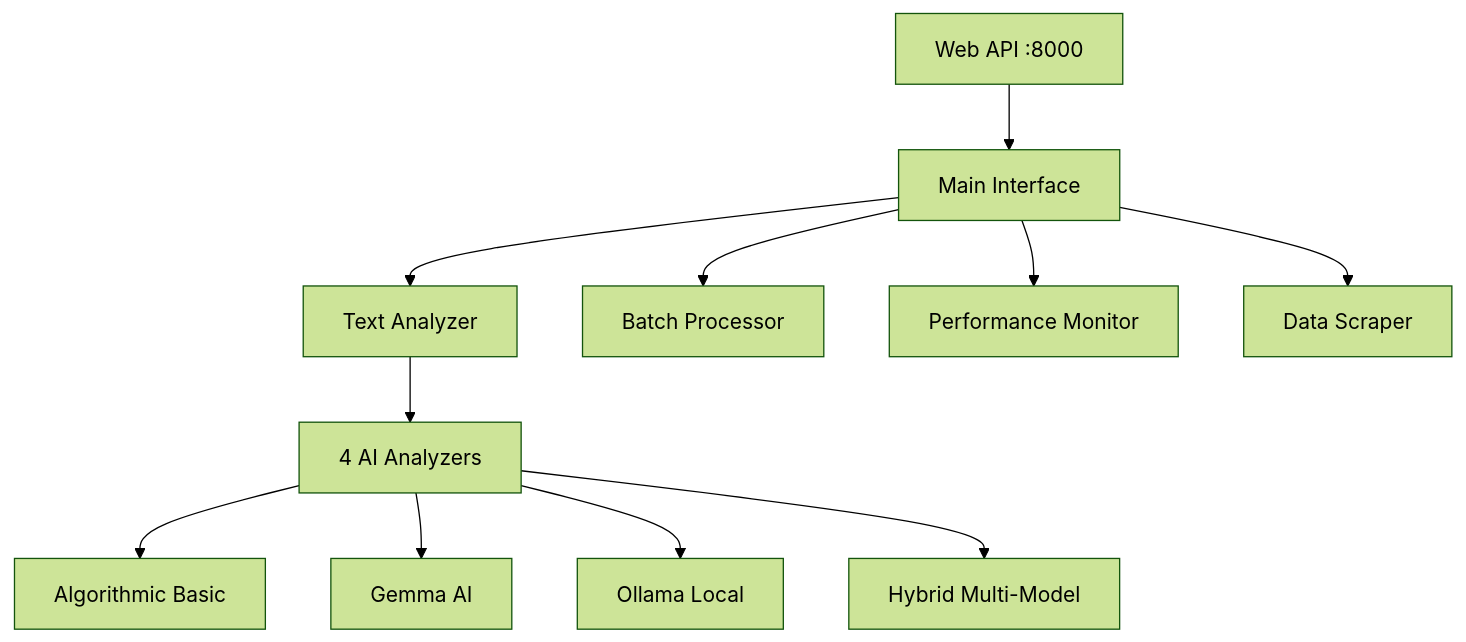
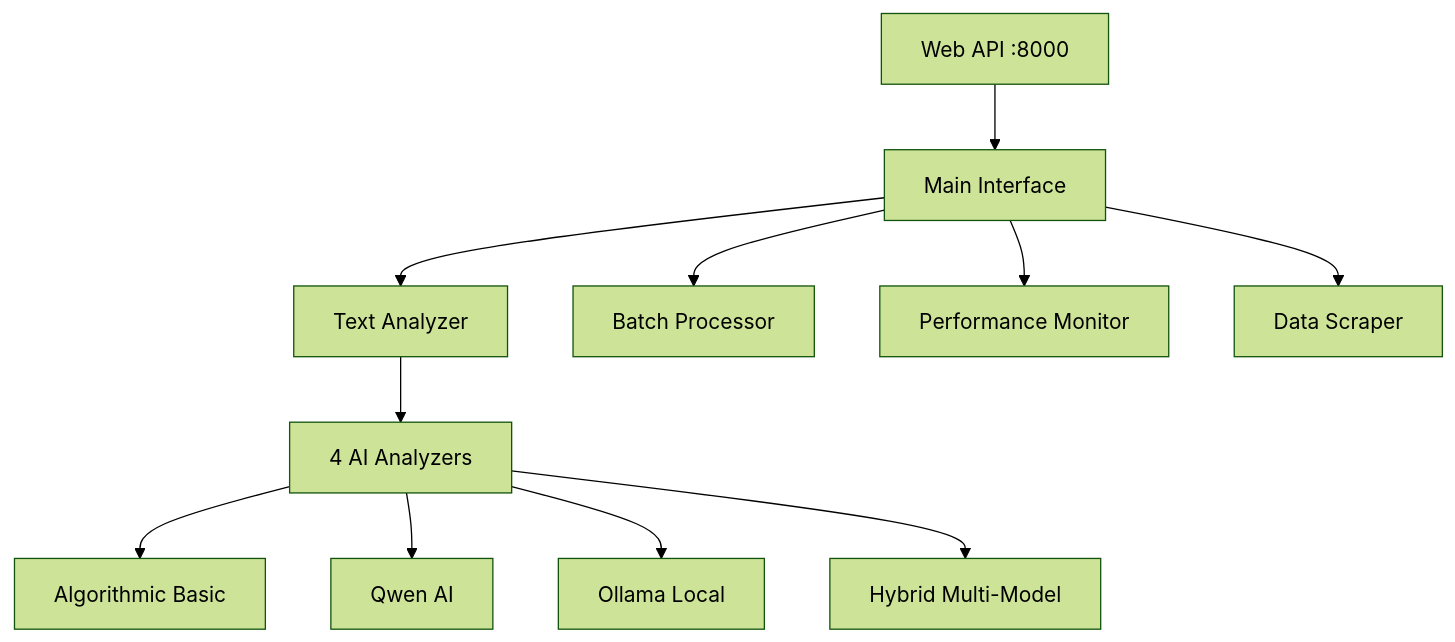
Before and after one commit to Vastargazing/rap-scraper-project: the diagram in README.md, drawn with Mermaid (forest theme). The commit also changed other lines of this file and 31 other files, not shown here.

````diff
--- a/README.md
+++ b/README.md
@@ -24,14 +24,14 @@
 ```mermaid
 graph TB
     A[Web API :8000] --> B[Main Interface]
     B --> C[Text Analyzer]
     B --> D[Batch Processor] 
     B --> E[Performance Monitor]
     B --> F[Data Scraper]
     
     C --> G[4 AI Analyzers]
     G --> G1[Algorithmic Basic]
-    G --> G2[Gemma AI]
+    G --> G2[Qwen AI]
     G --> G3[Ollama Local]
     G --> G4[Hybrid Multi-Model]
 ```
````
